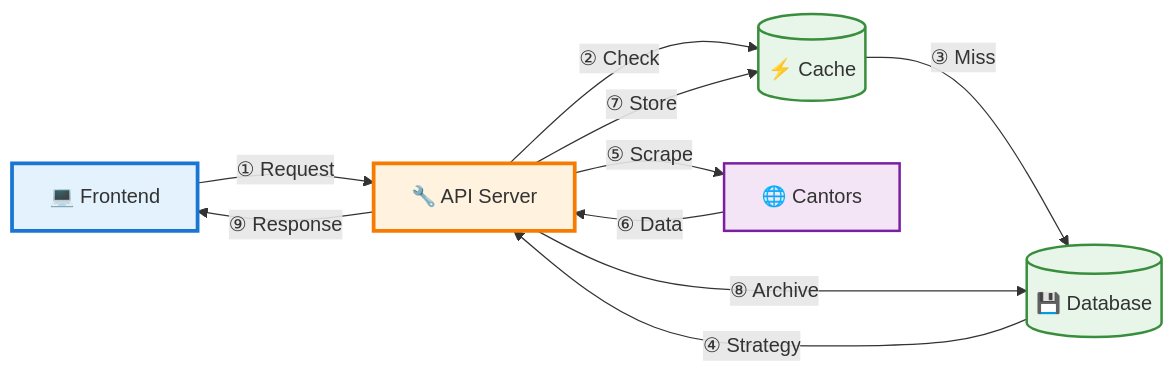
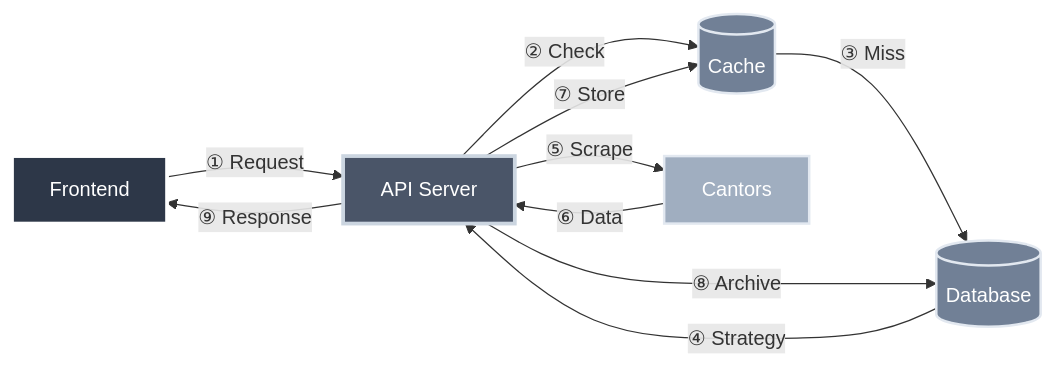
One commit to Niutaq/Gix changed the diagram in README.md. Above: the diagram before and after it, drawn with Mermaid. The commit also changed other lines of this file, not shown here.

Commit message:
Refactor architecture diagrams in README

````diff
--- a/README.md
+++ b/README.md
@@ -41,18 +3,18 @@
 ```mermaid
 graph LR
-    A[💻 Frontend] -->|① Request| B[🔧 API Server]
-    B -->|② Check| C[(⚡ Cache)]
-    C -->|③ Miss| D[(💾 Database)]
+    A[Frontend] -->|① Request| B[API Server]
+    B -->|② Check| C[(Cache)]
+    C -->|③ Miss| D[(Database)]
     D -->|④ Strategy| B
-    B -->|⑤ Scrape| E[🌐 Cantors]
+    B -->|⑤ Scrape| E[Cantors]
     E -->|⑥ Data| B
     B -->|⑦ Store| C
     B -->|⑧ Archive| D
     B -->|⑨ Response| A
     
-    style A fill:#e3f2fd,stroke:#1976d2,stroke-width:3px
-    style B fill:#fff3e0,stroke:#f57c00,stroke-width:3px
-    style C fill:#e8f5e9,stroke:#388e3c,stroke-width:2px
-    style D fill:#e8f5e9,stroke:#388e3c,stroke-width:2px
-    style E fill:#f3e5f5,stroke:#7b1fa2,stroke-width:2px
+    style A fill:#2d3748,stroke:#fff,stroke-width:3px,color:#fff
+    style B fill:#4a5568,stroke:#cbd5e0,stroke-width:3px,color:#fff
+    style C fill:#718096,stroke:#e2e8f0,stroke-width:2px,color:#fff
+    style D fill:#718096,stroke:#e2e8f0,stroke-width:2px,color:#fff
+    style E fill:#a0aec0,stroke:#e2e8f0,stroke-width:2px,color:#fff
 ```
````
